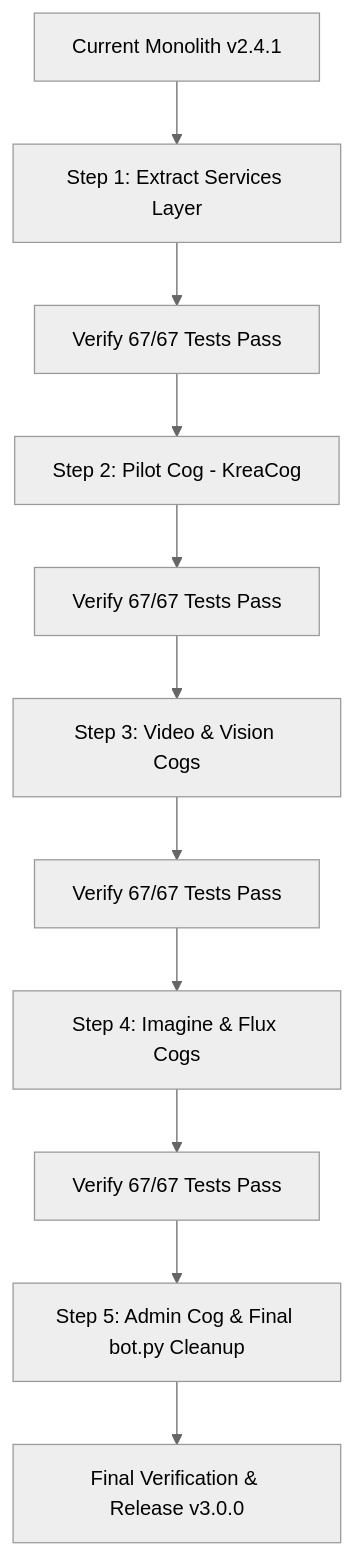
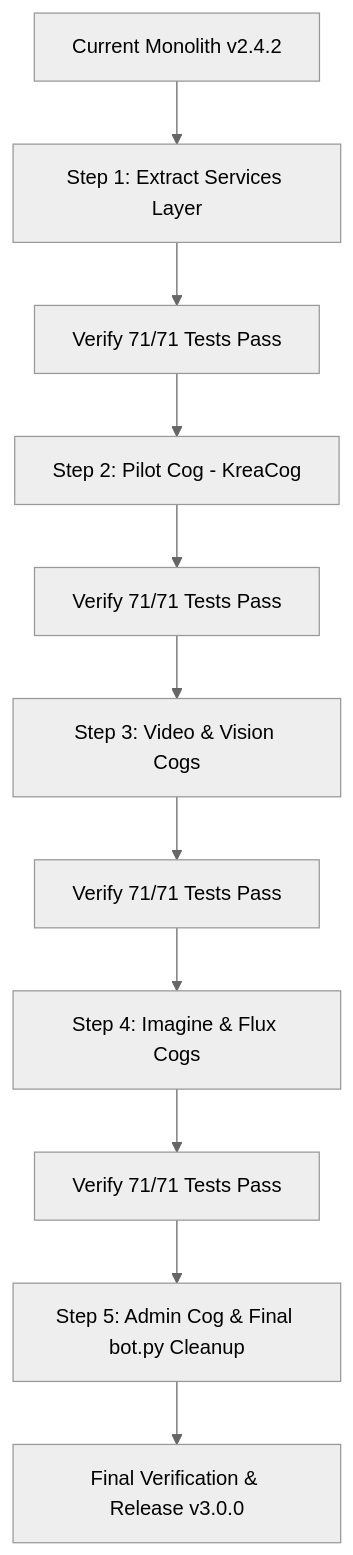
The diagram in docs/modular_cog_architecture_plan.md (strothman/Shallot-cui-bot), drawn with Mermaid (neutral theme) before and after one commit. The commit also changed other lines of this file and 19 other files, not shown here.

````diff
--- a/docs/modular_cog_architecture_plan.md
+++ b/docs/modular_cog_architecture_plan.md
@@ -98,13 +127,13 @@
 ```mermaid
 graph TD
-    S0[Current Monolith v2.4.1] --> S1[Step 1: Extract Services Layer]
-    S1 --> T1[Verify 67/67 Tests Pass]
+    S0[Current Monolith v2.4.2] --> S1[Step 1: Extract Services Layer]
+    S1 --> T1[Verify 71/71 Tests Pass]
     T1 --> S2[Step 2: Pilot Cog - KreaCog]
-    S2 --> T2[Verify 67/67 Tests Pass]
+    S2 --> T2[Verify 71/71 Tests Pass]
     T2 --> S3[Step 3: Video & Vision Cogs]
-    S3 --> T3[Verify 67/67 Tests Pass]
+    S3 --> T3[Verify 71/71 Tests Pass]
     T3 --> S4[Step 4: Imagine & Flux Cogs]
-    S4 --> T4[Verify 67/67 Tests Pass]
+    S4 --> T4[Verify 71/71 Tests Pass]
     T4 --> S5[Step 5: Admin Cog & Final bot.py Cleanup]
     S5 --> T5[Final Verification & Release v3.0.0]
 ```
````
